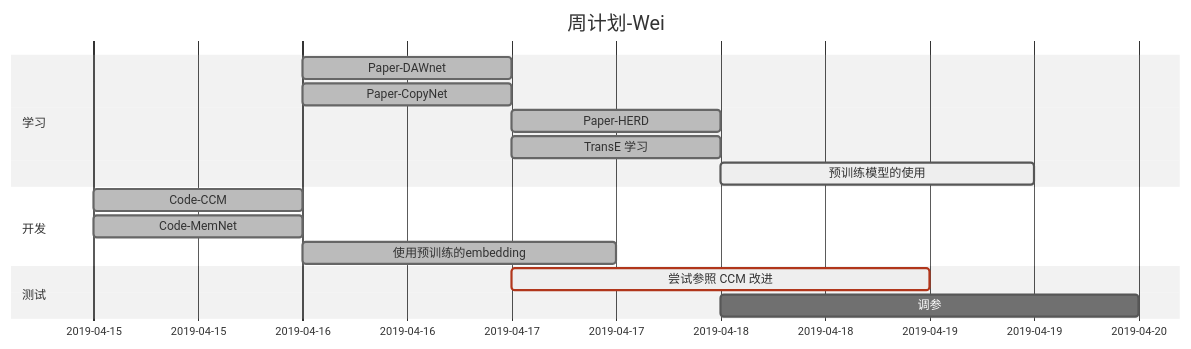
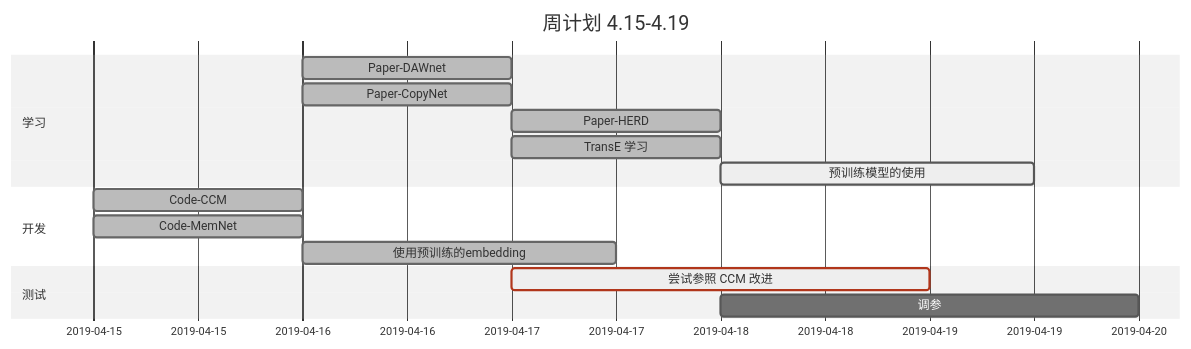
One commit to little-women/reading-list changed the second of 3 diagrams in Planner.md. Above: the diagram before and after it, drawn with Mermaid (neutral theme). The commit also changed other lines of this file and 2 other files, not shown here.

````diff
--- a/Planner.md
+++ b/Planner.md
@@ -20,21 +20,21 @@
 ```mermaid
        gantt
         dateFormat  YYYY-MM-DD
-        title 周计划-Wei
+        title 周计划 4.15-4.19
         
         section 学习
         Paper-DAWnet      :done, 2019-04-16, 1d
         Paper-CopyNet     :done,  2019-04-16, 1d
         Paper-HERD     :done,  2019-04-17, 1d
         TransE 学习          :done, study1, 2019-04-17, 1d
         预训练模型的使用          :active, after study1, 36h
         
         section 开发
         Code-CCM                      :done,2019-04-15, 1d
         Code-MemNet                   :done,2019-04-15, 1d
         使用预训练的embedding       :done,2019-04-16, 36h
     
         section 测试
         尝试参照 CCM 改进                   :crit, active, task1, 2019-04-17, 2d
         调参                        :task2, 2019-04-18, 2d
 ```
````
